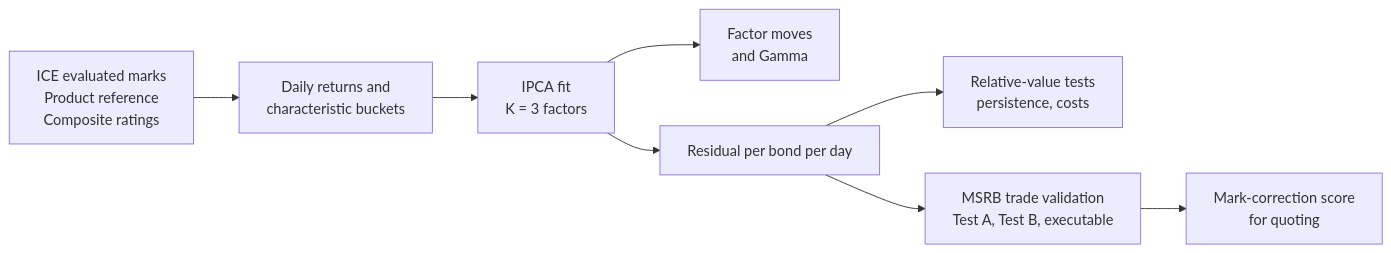
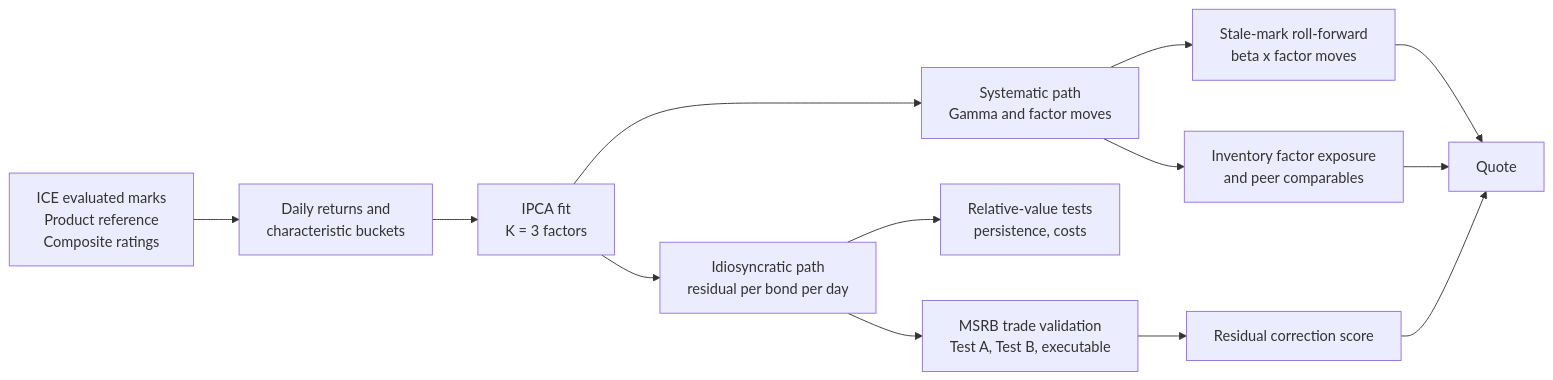
The diagram in RESEARCH_NOTE.md (pewapplepie/factor-model-trading), drawn with Mermaid before and after one commit. The commit also changed other lines of this file and 1 other file, not shown here.

First line of the commit message:
Add systematic-path uses to the research note and review

````diff
--- a/RESEARCH_NOTE.md
+++ b/RESEARCH_NOTE.md
@@ -159,10 +161,15 @@
 ```mermaid
 flowchart LR
     A[ICE evaluated marks<br/>Product reference<br/>Composite ratings] --> B[Daily returns and<br/>characteristic buckets]
     B --> C[IPCA fit<br/>K = 3 factors]
-    C --> D[Factor moves<br/>and Gamma]
-    C --> E[Residual per bond per day]
+    C --> D[Systematic path<br/>Gamma and factor moves]
+    C --> E[Idiosyncratic path<br/>residual per bond per day]
+    D --> D1[Stale-mark roll-forward<br/>beta x factor moves]
+    D --> D2[Inventory factor exposure<br/>and peer comparables]
     E --> F[Relative-value tests<br/>persistence, costs]
     E --> G[MSRB trade validation<br/>Test A, Test B, executable]
-    G --> H[Mark-correction score<br/>for quoting]
+    G --> H[Residual correction score]
+    D1 --> Q[Quote]
+    D2 --> Q
+    H --> Q
 ```
````
